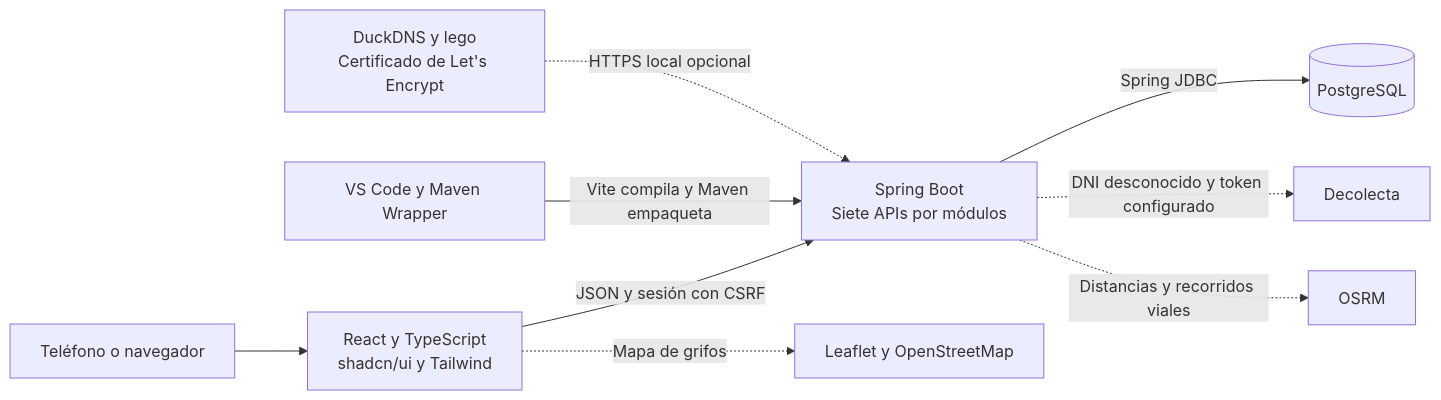
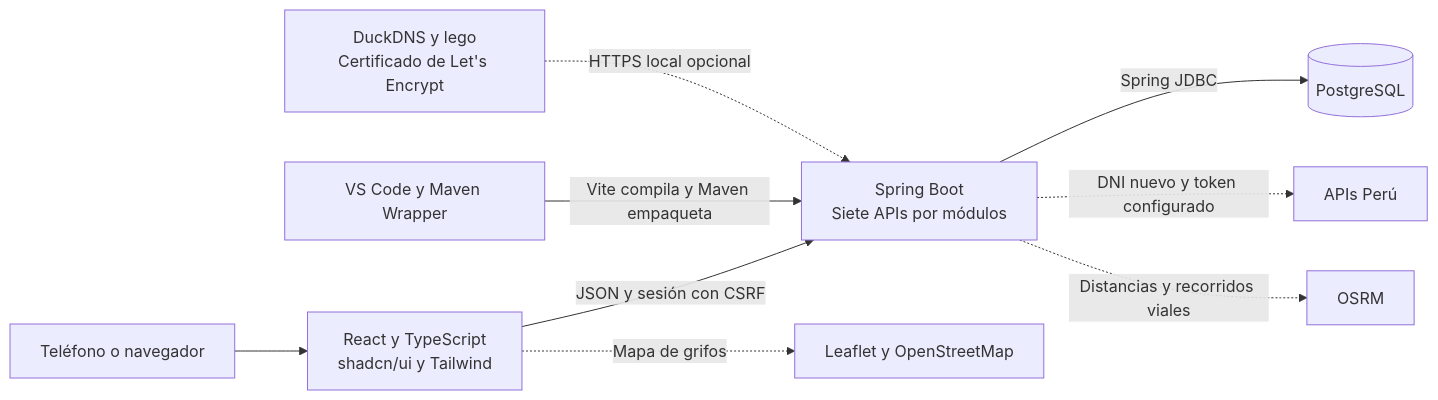
Before and after one commit to alexisgg11/services_vales: the diagram in README.md, drawn with Mermaid. The commit also changed other lines of this file and 14 other files, not shown here.

Commit message:
feat: visualización sincrona del estado del QR e integración APIs Perú

````diff
--- a/README.md
+++ b/README.md
@@ -75,11 +73,11 @@
 ```mermaid
 flowchart LR
     phone["Teléfono o navegador"] --> web["React y TypeScript<br/>shadcn/ui y Tailwind"]
     web -->|"JSON y sesión con CSRF"| api["Spring Boot<br/>Siete APIs por módulos"]
     api -->|"Spring JDBC"| db[("PostgreSQL")]
-    api -.->|"DNI desconocido y token configurado"| dni["Decolecta"]
+    api -.->|"DNI nuevo y token configurado"| dni["APIs Perú"]
     api -.->|"Distancias y recorridos viales"| osrm["OSRM"]
     web -.->|"Mapa de grifos"| map["Leaflet y OpenStreetMap"]
     tools["VS Code y Maven Wrapper"] -->|"Vite compila y Maven empaqueta"| api
     dns["DuckDNS y lego<br/>Certificado de Let's Encrypt"] -.->|"HTTPS local opcional"| api
 ```
````
